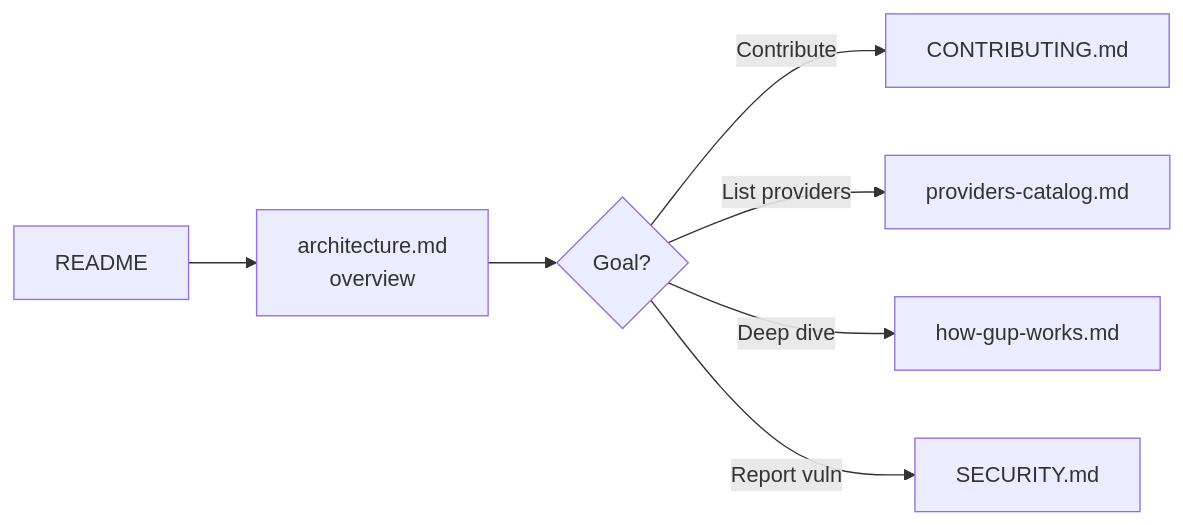
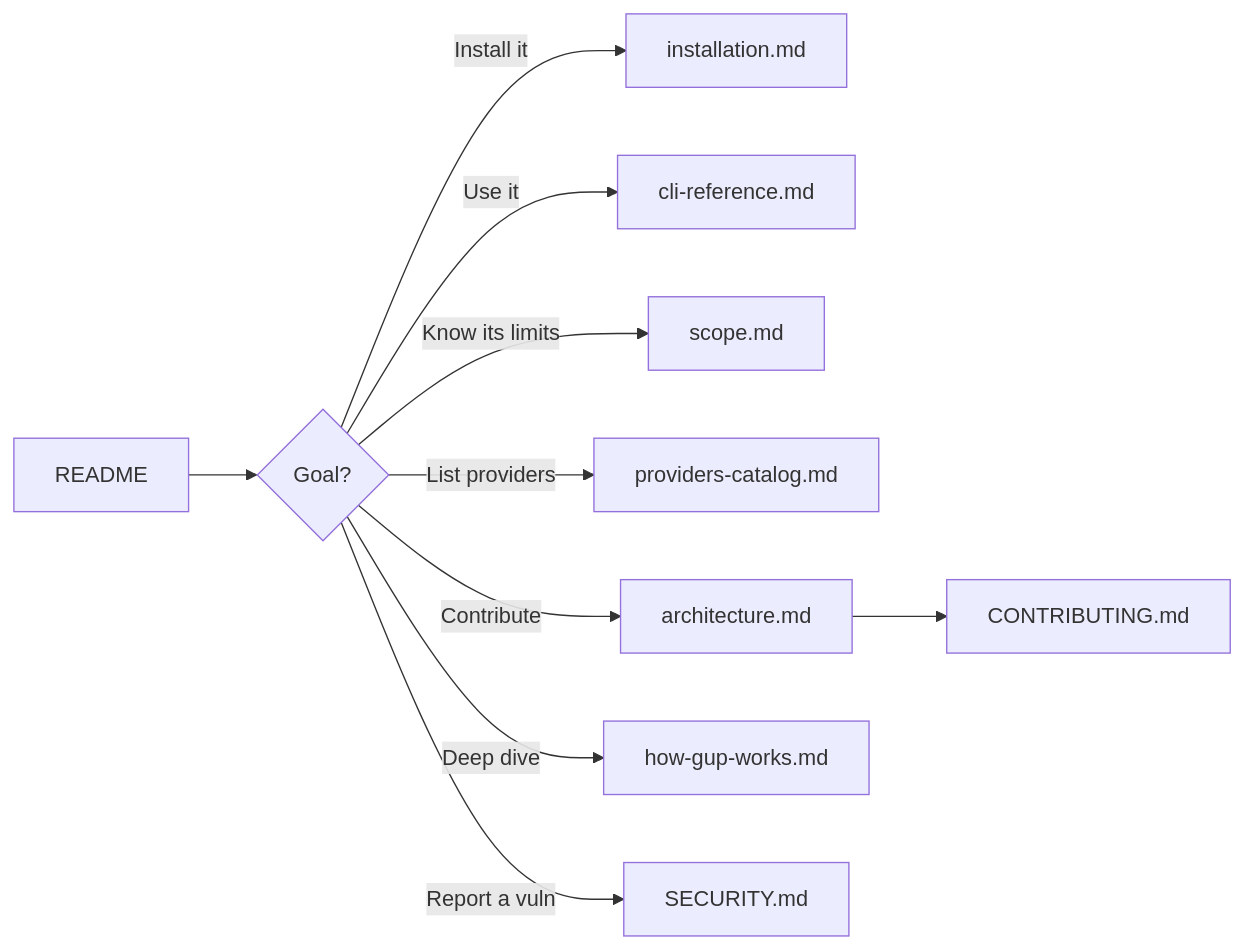
The diagram in docs/README.md (LINDECKER-Charles/gup), drawn with Mermaid before and after one commit. The commit also changed other lines of this file and 7 other files, not shown here.

````diff
--- a/docs/README.md
+++ b/docs/README.md
@@ -23,9 +34,11 @@
 ```mermaid
 flowchart LR
-    A[README] --> B[architecture.md<br/>overview]
-    B --> C{Goal?}
-    C -->|Contribute| D[CONTRIBUTING.md]
-    C -->|List providers| E[providers-catalog.md]
-    C -->|Deep dive| G[how-gup-works.md]
-    C -->|Report vuln| F[SECURITY.md]
+    A[README] --> B{Goal?}
+    B -->|Install it| I[installation.md]
+    B -->|Use it| C[cli-reference.md]
+    B -->|Know its limits| S[scope.md]
+    B -->|List providers| E[providers-catalog.md]
+    B -->|Contribute| D[architecture.md] --> F[CONTRIBUTING.md]
+    B -->|Deep dive| G[how-gup-works.md]
+    B -->|Report a vuln| H[SECURITY.md]
 ```
````
